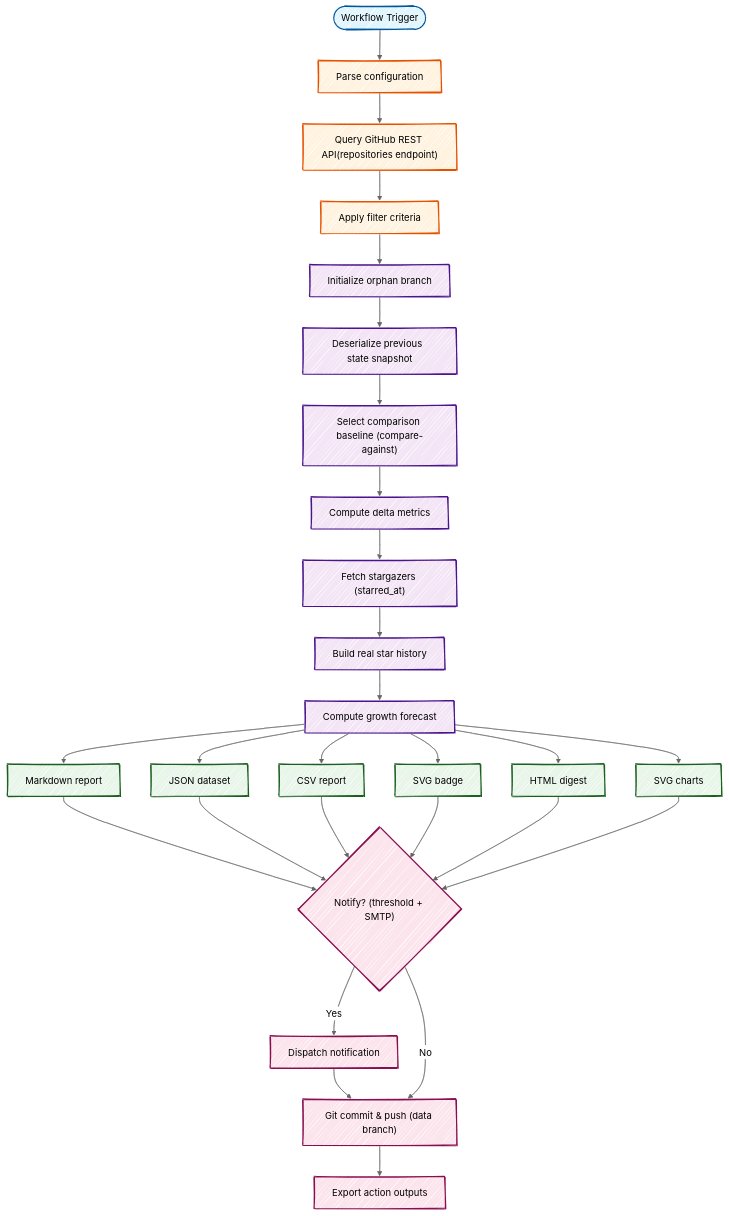
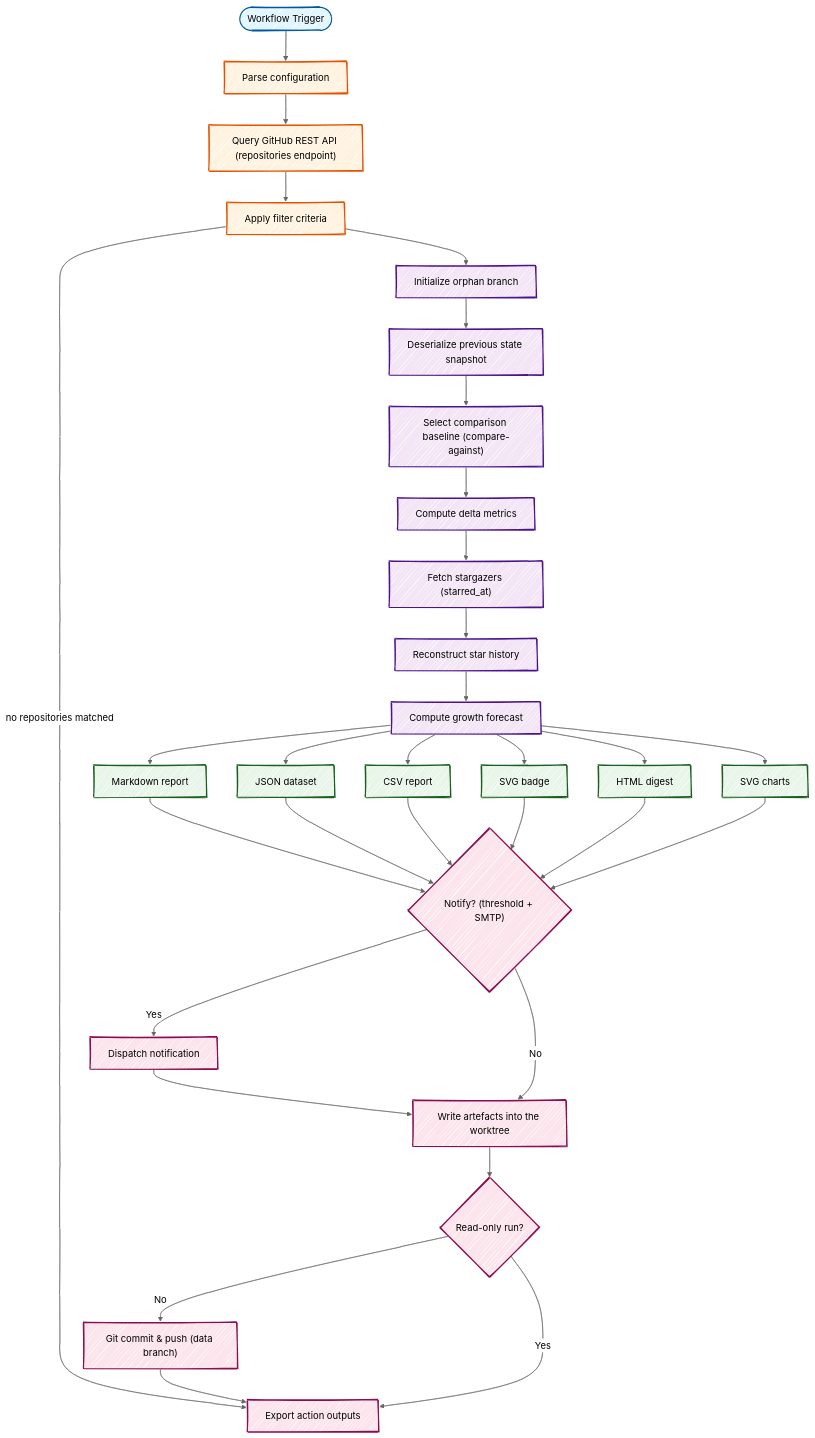
The diagram in docs/wiki/How-It-Works.md (fbuireu/github-star-tracker), drawn with Mermaid before and after one commit. The commit also changed other lines of this file and 54 other files, not shown here.

````diff
--- a/docs/wiki/How-It-Works.md
+++ b/docs/wiki/How-It-Works.md
@@ -7,60 +7,67 @@
 ```mermaid
 ---
 config:
   look: handDrawn
   theme: neutral
 ---
 flowchart TD
     trigger(["Workflow Trigger"])
     config["Parse configuration"]
-    fetch["Query GitHub REST API(repositories endpoint)"]
+    fetch["Query GitHub REST API (repositories endpoint)"]
     filter["Apply filter criteria"]
     init["Initialize orphan branch"]
-    read["Deserialize previous  state snapshot"]
+    read["Deserialize previous state snapshot"]
     baseline["Select comparison baseline (compare-against)"]
     compare["Compute delta metrics"]
     stargazers["Fetch stargazers (starred_at)"]
-    history["Build real star history"]
+    history["Reconstruct star history"]
     forecast["Compute growth forecast"]
     md["Markdown report"]
     json["JSON dataset"]
     csv["CSV report"]
     svg["SVG badge"]
     html["HTML digest"]
     charts["SVG charts"]
+    write["Write artefacts into the worktree"]
+    readonly{"Read-only run?"}
     commit["Git commit & push (data branch)"]
     setout["Export action outputs"]
     email{"Notify? (threshold + SMTP)"}
     send["Dispatch notification"]
 
     trigger --> config --> fetch --> filter
+    filter -->|no repositories matched| setout
     filter --> init --> read --> baseline --> compare
     compare --> stargazers --> history --> forecast
     forecast --> md & json & csv & svg & html & charts
     md & json & csv & svg & html & charts --> email
-    email -->|Yes| send --> commit
-    email -->|No| commit
-    commit --> setout
+    email -->|Yes| send --> write
+    email -->|No| write
+    write --> readonly
+    readonly -->|No| commit --> setout
+    readonly -->|Yes| setout
 
     style trigger fill:#e1f5ff,stroke:#01579b,stroke-width:2px
     style config fill:#fff3e0,stroke:#e65100,stroke-width:2px
     style fetch fill:#fff3e0,stroke:#e65100,stroke-width:2px
     style filter fill:#fff3e0,stroke:#e65100,stroke-width:2px
     style init fill:#f3e5f5,stroke:#4a148c,stroke-width:2px
     style read fill:#f3e5f5,stroke:#4a148c,stroke-width:2px
     style baseline fill:#f3e5f5,stroke:#4a148c,stroke-width:2px
     style compare fill:#f3e5f5,stroke:#4a148c,stroke-width:2px
     style stargazers fill:#f3e5f5,stroke:#4a148c,stroke-width:2px
     style history fill:#f3e5f5,stroke:#4a148c,stroke-width:2px
     style forecast fill:#f3e5f5,stroke:#4a148c,stroke-width:2px
     style md fill:#e8f5e9,stroke:#1b5e20,stroke-width:2px
     style json fill:#e8f5e9,stroke:#1b5e20,stroke-width:2px
     style csv fill:#e8f5e9,stroke:#1b5e20,stroke-width:2px
     style svg fill:#e8f5e9,stroke:#1b5e20,stroke-width:2px
     style html fill:#e8f5e9,stroke:#1b5e20,stroke-width:2px
     style charts fill:#e8f5e9,stroke:#1b5e20,stroke-width:2px
+    style write fill:#fce4ec,stroke:#880e4f,stroke-width:2px
+    style readonly fill:#fce4ec,stroke:#880e4f,stroke-width:2px
     style commit fill:#fce4ec,stroke:#880e4f,stroke-width:2px
     style setout fill:#fce4ec,stroke:#880e4f,stroke-width:2px
     style email fill:#fce4ec,stroke:#880e4f,stroke-width:2px
     style send fill:#fce4ec,stroke:#880e4f,stroke-width:2px
 ```
````
